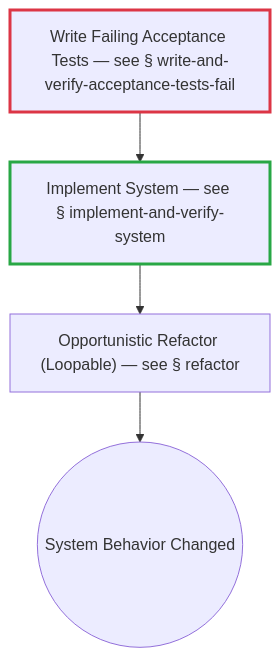
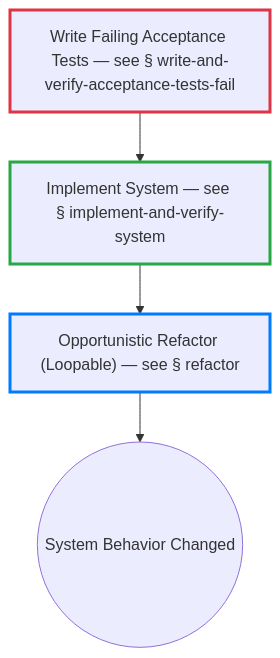
One commit to optivem/gh-optivem changed the eighth of 54 diagrams in docs/process-diagram.md. Above: the diagram before and after it, drawn with Mermaid. The commit also changed other lines of this file and 47 other files, not shown here.

````diff
--- a/docs/process-diagram.md
+++ b/docs/process-diagram.md
@@ -210,17 +210,20 @@
 ```mermaid
 flowchart TD
     CHANGE_SYSTEM_BEHAVIOR_END((System Behavior Changed))
     IMPLEMENT_AND_VERIFY_SYSTEM[Implement System — see § implement-and-verify-system]
     REFACTOR_OPPORTUNISTICALLY["Opportunistic Refactor (Loopable) — see § refactor"]
     WRITE_AND_VERIFY_ACCEPTANCE_TESTS_FAIL[Write Failing Acceptance Tests — see § write-and-verify-acceptance-tests-fail]
 
     WRITE_AND_VERIFY_ACCEPTANCE_TESTS_FAIL --> IMPLEMENT_AND_VERIFY_SYSTEM
     IMPLEMENT_AND_VERIFY_SYSTEM --> REFACTOR_OPPORTUNISTICALLY
     REFACTOR_OPPORTUNISTICALLY --> CHANGE_SYSTEM_BEHAVIOR_END
 
     classDef tddRedNode stroke:#dc3545,stroke-width:3px
     class WRITE_AND_VERIFY_ACCEPTANCE_TESTS_FAIL tddRedNode
 
     classDef tddGreenNode stroke:#28a745,stroke-width:3px
     class IMPLEMENT_AND_VERIFY_SYSTEM tddGreenNode
+
+    classDef tddRefactorNode stroke:#007bff,stroke-width:3px
+    class REFACTOR_OPPORTUNISTICALLY tddRefactorNode
 ```
````
